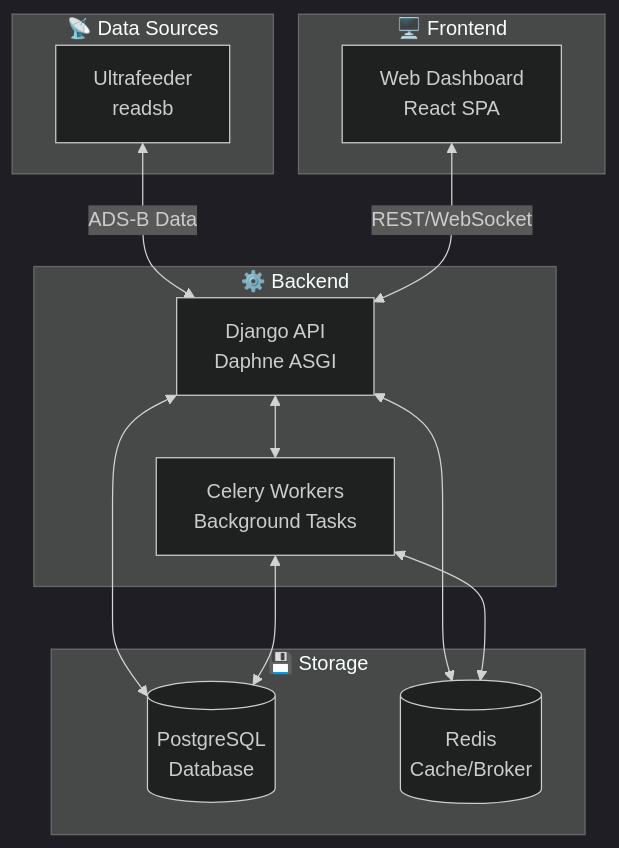
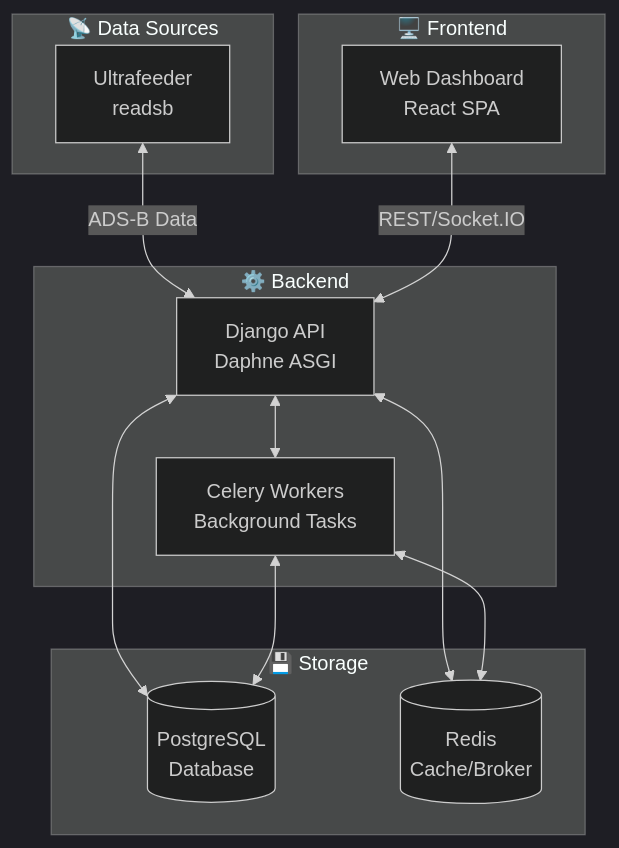
Before and after one commit to CHA0S-CORP/SkySpy: the first of 2 diagrams in docs/00-quick-start.md, drawn with Mermaid (dark theme). The commit also changed other lines of this file and 66 other files, not shown here.

````diff
--- a/docs/00-quick-start.md
+++ b/docs/00-quick-start.md
@@ -41,28 +41,28 @@
 ```mermaid
 flowchart TB
     subgraph Frontend["🖥️ Frontend"]
         WEB[Web Dashboard<br/>React SPA]
     end
 
     subgraph Backend["⚙️ Backend"]
         API[Django API<br/>Daphne ASGI]
         CELERY[Celery Workers<br/>Background Tasks]
     end
 
     subgraph DataSources["📡 Data Sources"]
         UF[Ultrafeeder<br/>readsb]
     end
 
     subgraph Storage["💾 Storage"]
         PG[(PostgreSQL<br/>Database)]
         REDIS[(Redis<br/>Cache/Broker)]
     end
 
     UF <-->|ADS-B Data| API
-    WEB <-->|REST/WebSocket| API
+    WEB <-->|REST/Socket.IO| API
     API <--> CELERY
     API <--> PG
     API <--> REDIS
     CELERY <--> PG
     CELERY <--> REDIS
 ```
````
